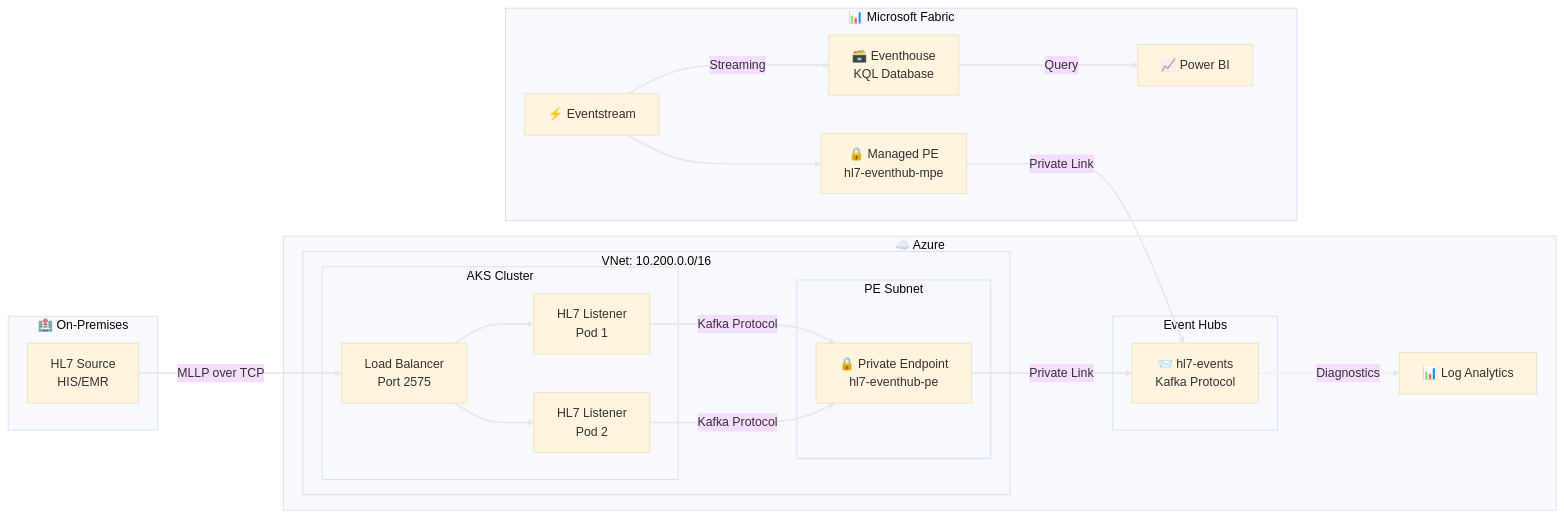
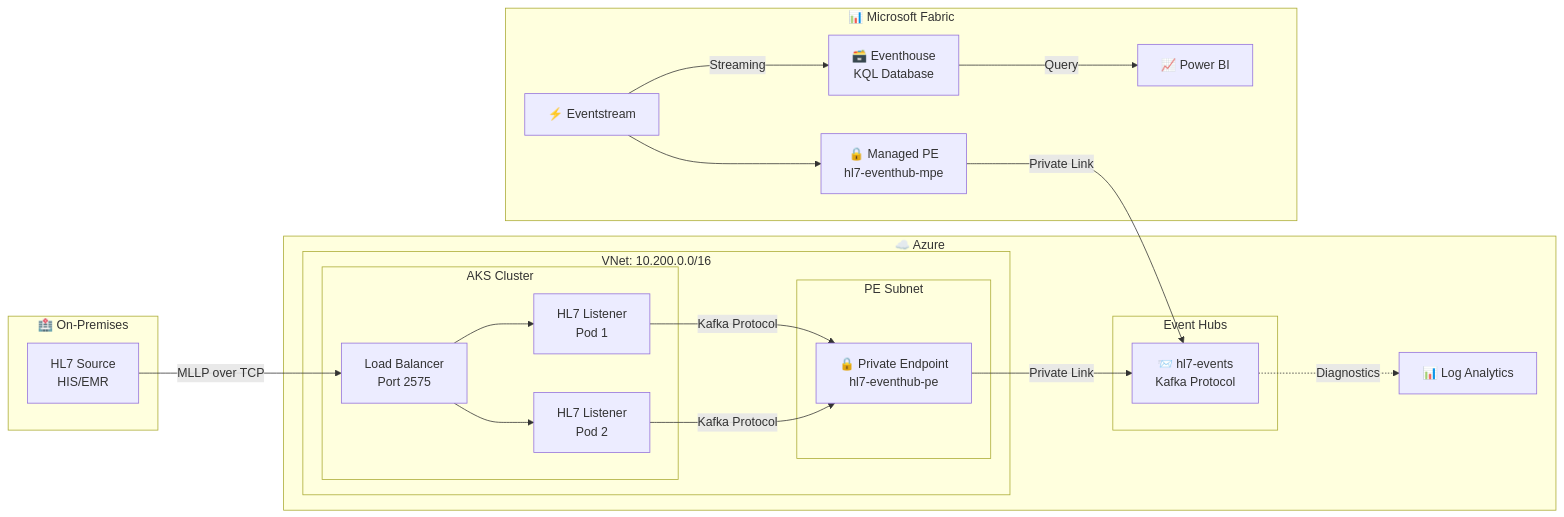
The diagram in README.md (mhuot/hl7-eh-fab), drawn with Mermaid before and after one commit. The commit also changed other lines of this file, not shown here.

Commit message:
docs: revert README changes and fix Mermaid diagram
- Revert TOC, architecture image, and section renaming
- Simplify Mermaid diagram for GitHub compatibility
- Use standard arrows instead of thick arrows
- Remove init directive and commented styles

````diff
--- a/README.md
+++ b/README.md
@@ -51,67 +14,44 @@
 ```mermaid
-%%{init: {'theme': 'base', 'themeVariables': { 'fontSize': '16px' }}}%%
 flowchart LR
    subgraph Client["🏥 On-Premises"]
       HL7["HL7 Source<br/>HIS/EMR"]
    end
 
    subgraph Azure["☁️ Azure"]
       subgraph VNet["VNet: 10.200.0.0/16"]
          subgraph AKS["AKS Cluster"]
                LB["Load Balancer<br/>Port 2575"]
                Pod1["HL7 Listener<br/>Pod 1"]
                Pod2["HL7 Listener<br/>Pod 2"]
          end
          subgraph PESubnet["PE Subnet"]
                PE["🔒 Private Endpoint<br/>hl7-eventhub-pe"]
          end
       end
       
       subgraph EventHubs["Event Hubs"]
          EH["📨 hl7-events<br/>Kafka Protocol"]
       end
       
       LA["📊 Log Analytics"]
    end
 
    subgraph Fabric["📊 Microsoft Fabric"]
       MPE["🔒 Managed PE<br/>hl7-eventhub-mpe"]
       ES["⚡ Eventstream"]
       KQL["🗃️ Eventhouse<br/>KQL Database"]
       PBI["📈 Power BI"]
    end
 
-   HL7 ==>|"MLLP over TCP"| LB
-   LB ==> Pod1
-   LB ==> Pod2
-   Pod1 ==>|"Kafka Protocol"| PE
-   Pod2 ==>|"Kafka Protocol"| PE
-   PE ==>|"Private Link"| EH
+   HL7 -->|"MLLP over TCP"| LB
+   LB --> Pod1
+   LB --> Pod2
+   Pod1 -->|"Kafka Protocol"| PE
+   Pod2 -->|"Kafka Protocol"| PE
+   PE -->|"Private Link"| EH
    EH -.->|"Diagnostics"| LA
-   MPE ==>|"Private Link"| EH
-   ES ==> MPE
-   ES ==>|"Streaming"| KQL
-   KQL ==>|"Query"| PBI
-
-   linkStyle default stroke:#e8e8e8,stroke-width:2
-   
-   %% WCAG AA compliant colors with 4.5:1 contrast ratio
-   %% style Client fill:#1a1a2e,stroke:#e94560,stroke-width:2px,color:#ffffff
-   %% style Azure fill:#16213e,stroke:#0f3460,stroke-width:2px,color:#ffffff
-   %% style VNet fill:#1f4068,stroke:#e8e8e8,stroke-width:2px,color:#ffffff
-   %% style AKS fill:#2d4a6f,stroke:#ffd700,stroke-width:2px,color:#ffffff
-   %% style PESubnet fill:#2d4a6f,stroke:#ffd700,stroke-width:1px,color:#ffffff
-   %% style EventHubs fill:#4a1942,stroke:#e94560,stroke-width:2px,color:#ffffff
-   %% style Fabric fill:#1e5128,stroke:#4e9f3d,stroke-width:2px,color:#ffffff
-   %% style HL7 fill:#e94560,stroke:#ffffff,stroke-width:2px,color:#ffffff
-   %% style LB fill:#0f3460,stroke:#ffd700,stroke-width:2px,color:#ffffff
-   %% style Pod1 fill:#0f3460,stroke:#e8e8e8,stroke-width:1px,color:#ffffff
-   %% style Pod2 fill:#0f3460,stroke:#e8e8e8,stroke-width:1px,color:#ffffff
-   %% style PE fill:#d4a017,stroke:#1a1a2e,stroke-width:2px,color:#1a1a2e
-   %% style EH fill:#7b2d8e,stroke:#ffffff,stroke-width:2px,color:#ffffff
-   %% style LA fill:#0f3460,stroke:#e8e8e8,stroke-width:1px,color:#ffffff
-   %% style MPE fill:#d4a017,stroke:#1a1a2e,stroke-width:2px,color:#1a1a2e
-   %% style ES fill:#4e9f3d,stroke:#ffffff,stroke-width:2px,color:#ffffff
-   %% style KQL fill:#1e5128,stroke:#4e9f3d,stroke-width:2px,color:#ffffff
-   %% style PBI fill:#4e9f3d,stroke:#ffffff,stroke-width:2px,color:#ffffff
+   MPE -->|"Private Link"| EH
+   ES --> MPE
+   ES -->|"Streaming"| KQL
+   KQL -->|"Query"| PBI
 ```
````
